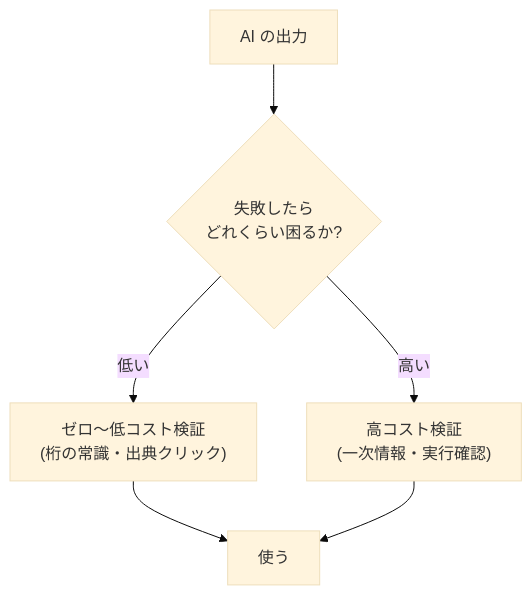
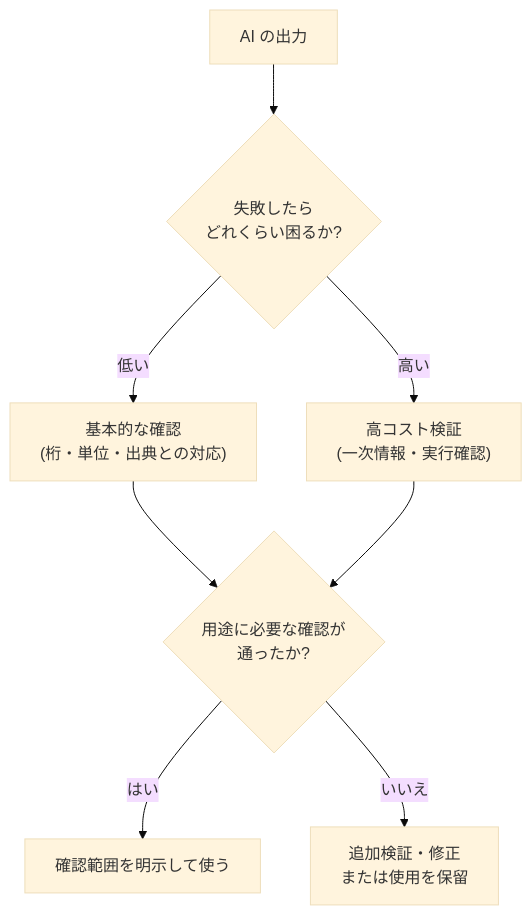
Before and after one commit to pero3dev/ai-agent-library: the diagram in docs/15-human-ai/verifying-ai-outputs.md, drawn with Mermaid (base theme). The commit also changed other lines of this file and 147 other files, not shown here.

````diff
--- a/docs/15-human-ai/verifying-ai-outputs.md
+++ b/docs/15-human-ai/verifying-ai-outputs.md
@@ -32,8 +32,10 @@
 ```mermaid
 flowchart TD
     O["AI の出力"] --> J{"失敗したら<br/>どれくらい困るか?"}
-    J -->|低い| Z["ゼロ〜低コスト検証<br/>(桁の常識・出典クリック)"]
+    J -->|低い| Z["基本的な確認<br/>(桁・単位・出典との対応)"]
     J -->|高い| H["高コスト検証<br/>(一次情報・実行確認)"]
-    Z --> U["使う"]
-    H --> U
+    Z --> V{"用途に必要な確認が<br/>通ったか?"}
+    H --> V
+    V -->|はい| U["確認範囲を明示して使う"]
+    V -->|いいえ| R["追加検証・修正<br/>または使用を保留"]
 ```
````
